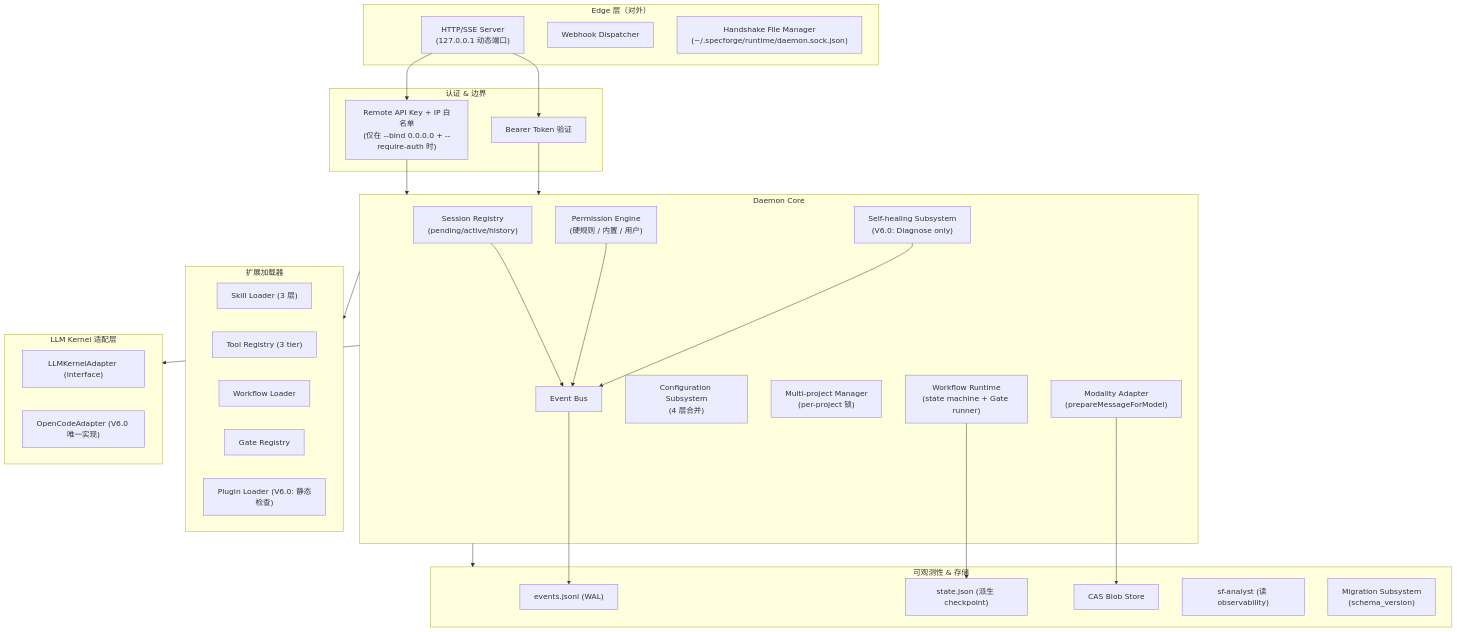
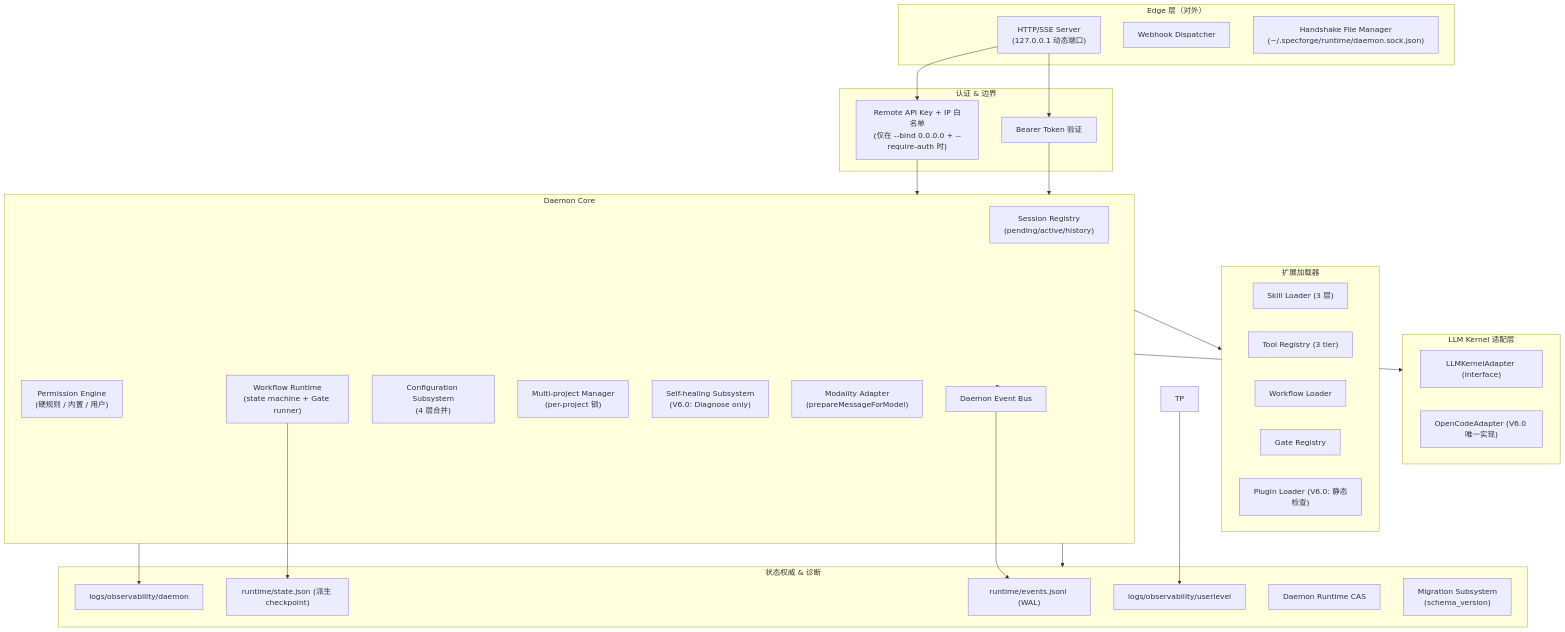
Before and after one commit to lyqstart/SpecForge: the fifth of 8 diagrams in .kiro/specs/v6-architecture-overview/design.md, drawn with Mermaid. The commit also changed other lines of this file and 49 other files, not shown here.

````diff
--- a/.kiro/specs/v6-architecture-overview/design.md
+++ b/.kiro/specs/v6-architecture-overview/design.md
@@ -270,59 +267,59 @@
 ```mermaid
 flowchart TB
   subgraph Edge["Edge 层（对外）"]
     HTTP["HTTP/SSE Server<br/>(127.0.0.1 动态端口)"]
     WH["Webhook Dispatcher"]
     Hand["Handshake File Manager<br/>(~/.specforge/runtime/daemon.sock.json)"]
   end
 
   subgraph Auth["认证 & 边界"]
     BearerAuth["Bearer Token 验证"]
     RemoteAuth["Remote API Key + IP 白名单<br/>(仅在 --bind 0.0.0.0 + --require-auth 时)"]
   end
 
   subgraph Core["Daemon Core"]
     SessReg["Session Registry<br/>(pending/active/history)"]
     PermE["Permission Engine<br/>(硬规则 / 内置 / 用户)"]
-    EBus["Event Bus"]
+    EBus["Daemon Event Bus"]
     WFRuntime["Workflow Runtime<br/>(state machine + Gate runner)"]
     Cfg["Configuration Subsystem<br/>(4 层合并)"]
     Multi["Multi-project Manager<br/>(per-project 锁)"]
     Heal["Self-healing Subsystem<br/>(V6.0: Diagnose only)"]
     Modal["Modality Adapter<br/>(prepareMessageForModel)"]
   end
 
   subgraph Loaders["扩展加载器"]
     SkL["Skill Loader (3 层)"]
     ToL["Tool Registry (3 tier)"]
     WL["Workflow Loader"]
     GL["Gate Registry"]
     PL["Plugin Loader (V6.0: 静态检查)"]
   end
 
   subgraph Adapter["LLM Kernel 适配层"]
     AdI["LLMKernelAdapter (interface)"]
     OCA["OpenCodeAdapter (V6.0 唯一实现)"]
   end
 
-  subgraph Obs["可观测性 & 存储"]
-    EvtLog["events.jsonl (WAL)"]
-    StateF["state.json (派生 checkpoint)"]
-    CAS["CAS Blob Store"]
-    Analyst["sf-analyst (读 observability)"]
+  subgraph Obs["状态权威 & 诊断"]
+    EvtLog["runtime/events.jsonl (WAL)"]
+    StateF["runtime/state.json (派生 checkpoint)"]
+    UObs["logs/observability/userlevel"]
+    DObs["logs/observability/daemon"]
+    RCAS["Daemon Runtime CAS"]
     Migrate["Migration Subsystem<br/>(schema_version)"]
   end
 
   HTTP --> BearerAuth
   HTTP --> RemoteAuth
   BearerAuth --> Core
   RemoteAuth --> Core
   Core --> Adapter
   Core --> Loaders
   Core --> Obs
+  Core --> EBus
   EBus --> EvtLog
   WFRuntime --> StateF
-  Modal --> CAS
-  Heal --> EBus
-  PermE --> EBus
-  SessReg --> EBus
+  TP --> UObs
+  Core --> DObs
 ```
````
